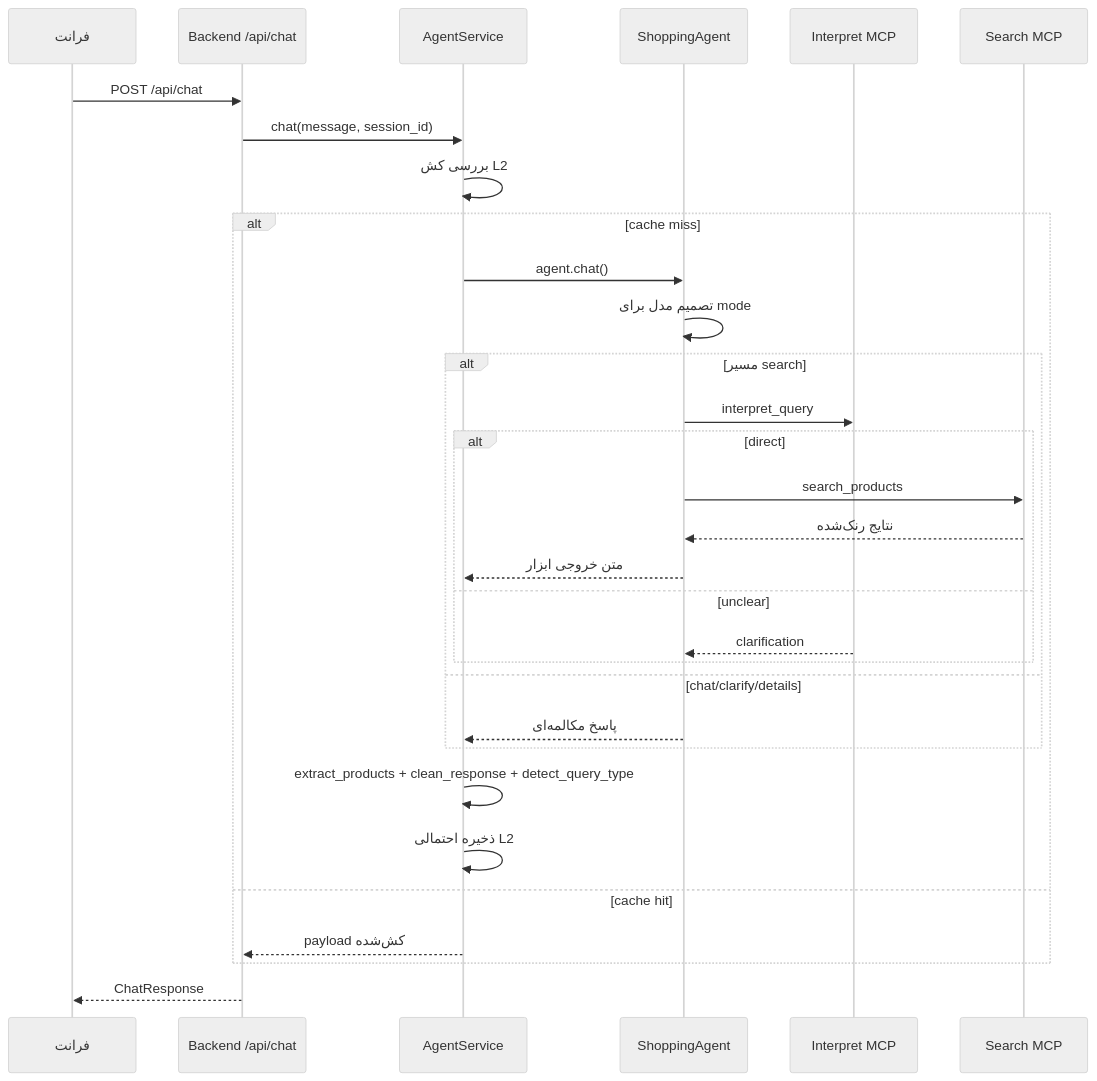
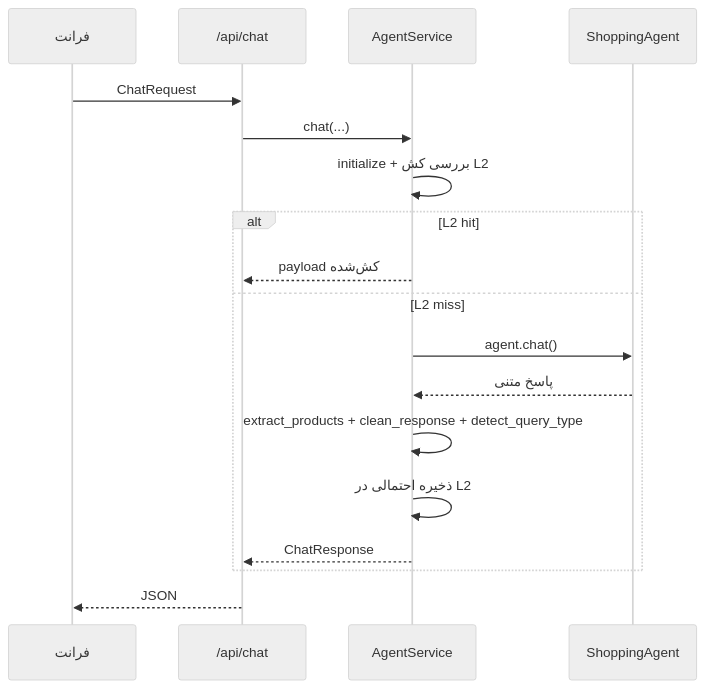
One commit to 11linear11/ShoppingAiAssistant changed the first of 6 diagrams in docs/fa/PIPELINES.md. Above: the diagram before and after it, drawn with Mermaid (neutral theme). The commit also changed other lines of this file and 10 other files, not shown here.

Commit message:
Rewrite full project docs with updated architecture schematics

````diff
--- a/docs/fa/PIPELINES.md
+++ b/docs/fa/PIPELINES.md
@@ -7,34 +7,21 @@
 ```mermaid
 sequenceDiagram
   participant FE as فرانت
-  participant BE as Backend /api/chat
+  participant API as /api/chat
   participant AS as AgentService
   participant AG as ShoppingAgent
-  participant IN as Interpret MCP
-  participant SE as Search MCP
 
-  FE->>BE: POST /api/chat
-  BE->>AS: chat(message, session_id)
-  AS->>AS: بررسی کش L2
-  alt cache miss
+  FE->>API: ChatRequest
+  API->>AS: chat(...)
+  AS->>AS: initialize + بررسی کش L2
+  alt L2 hit
+    AS-->>API: payload کش‌شده
+  else L2 miss
     AS->>AG: agent.chat()
-    AG->>AG: تصمیم مدل برای mode
-    alt مسیر search
-      AG->>IN: interpret_query
-      alt direct
-        AG->>SE: search_products
-        SE-->>AG: نتایج رنک‌شده
-        AG-->>AS: متن خروجی ابزار
-      else unclear
-        IN-->>AG: clarification
-      end
-    else chat/clarify/details
-      AG-->>AS: پاسخ مکالمه‌ای
-    end
+    AG-->>AS: پاسخ متنی
     AS->>AS: extract_products + clean_response + detect_query_type
-    AS->>AS: ذخیره احتمالی L2
-  else cache hit
-    AS-->>BE: payload کش‌شده
+    AS->>AS: ذخیره احتمالی در L2
+    AS-->>API: ChatResponse
   end
-  BE-->>FE: ChatResponse
+  API-->>FE: JSON
 ```
````
